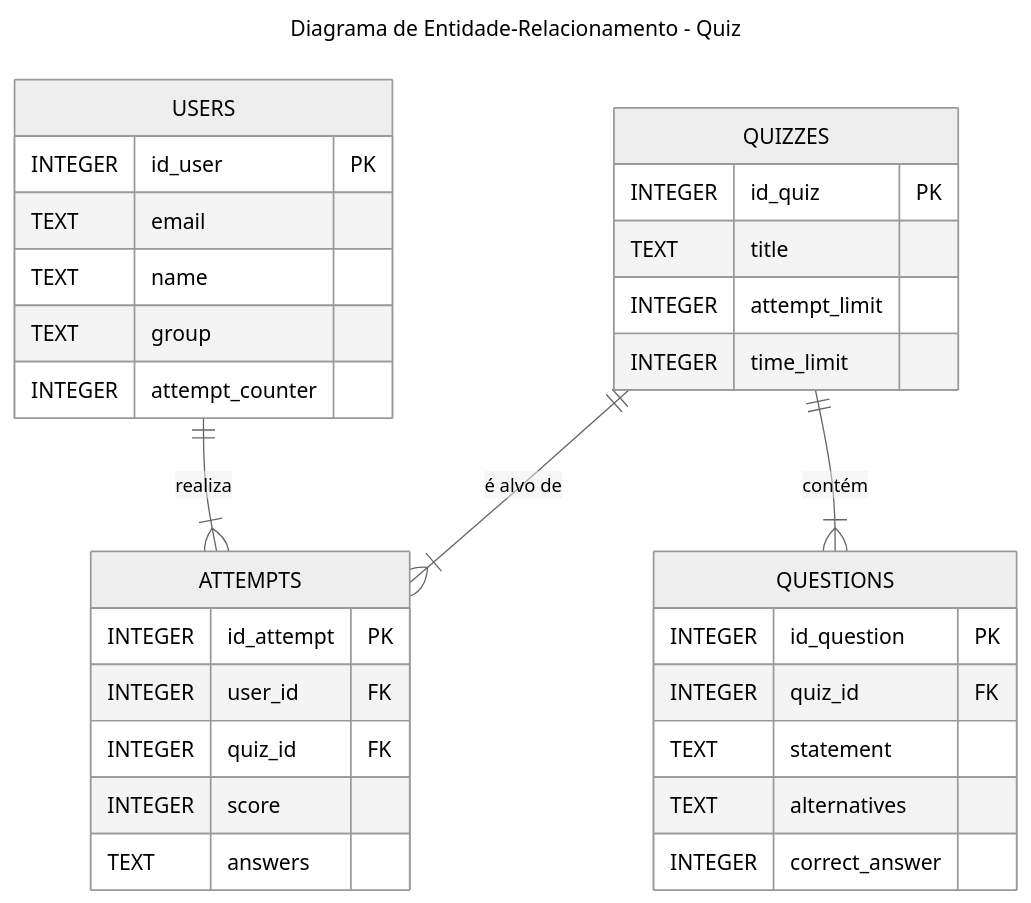
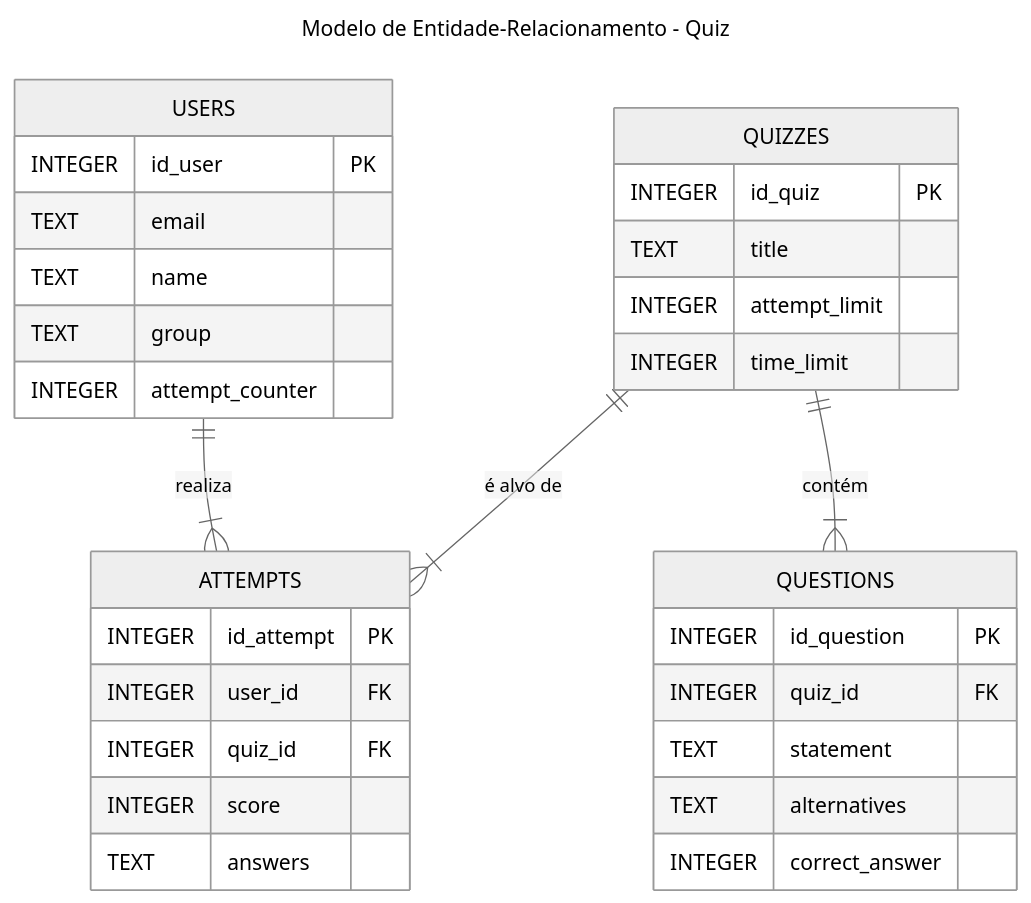
One commit to eldrayan/Projeto-POO-Engenharia-de-Software changed the second of 2 diagrams in README.md. Above: the diagram before and after it, drawn with Mermaid (neutral theme). The commit also changed other lines of this file and 1 other file, not shown here.

````diff
--- a/README.md
+++ b/README.md
@@ -116,40 +116,40 @@
 ```mermaid
 ---
-title: Diagrama de Entidade-Relacionamento - Quiz
+title: Modelo de Entidade-Relacionamento - Quiz
 ---
 erDiagram
     USERS {
         INTEGER id_user PK
         TEXT email
         TEXT name
         TEXT group
         INTEGER attempt_counter
     }
 
     QUIZZES {
         INTEGER id_quiz PK
         TEXT title
         INTEGER attempt_limit
         INTEGER time_limit
     }
 
     QUESTIONS {
         INTEGER id_question PK
         INTEGER quiz_id FK
         TEXT statement
         TEXT alternatives
         INTEGER correct_answer
     }
 
     ATTEMPTS {
         INTEGER id_attempt PK
         INTEGER user_id FK
         INTEGER quiz_id FK
         INTEGER score
         TEXT answers
     }
 
     USERS ||--|{ ATTEMPTS : "realiza"
     QUIZZES ||--|{ QUESTIONS : "contém"
     QUIZZES ||--|{ ATTEMPTS : "é alvo de"
 ```
````
